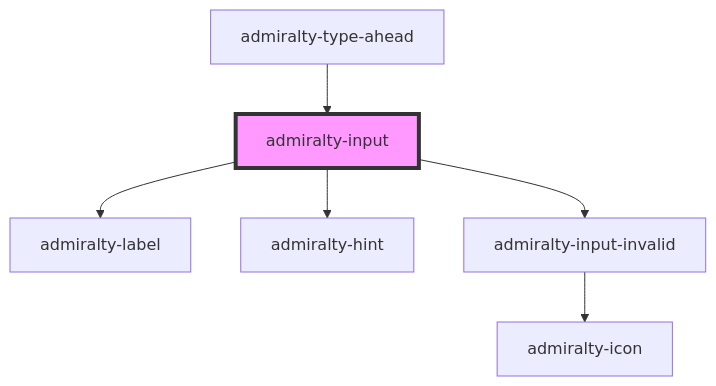
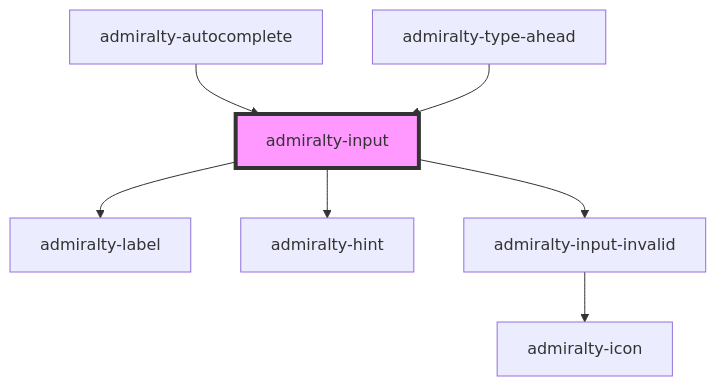
One commit to UKHO/admiralty-design-system changed the diagram in packages/core/src/components/input/readme.md. Above: the diagram before and after it, drawn with Mermaid. The commit also changed other lines of this file and 10 other files, not shown here.

````diff
--- a/packages/core/src/components/input/readme.md
+++ b/packages/core/src/components/input/readme.md
@@ -52,9 +53,10 @@
 ```mermaid
 graph TD;
   admiralty-input --> admiralty-label
   admiralty-input --> admiralty-hint
   admiralty-input --> admiralty-input-invalid
   admiralty-input-invalid --> admiralty-icon
+  admiralty-autocomplete --> admiralty-input
   admiralty-type-ahead --> admiralty-input
   style admiralty-input fill:#f9f,stroke:#333,stroke-width:4px
 ```
````
